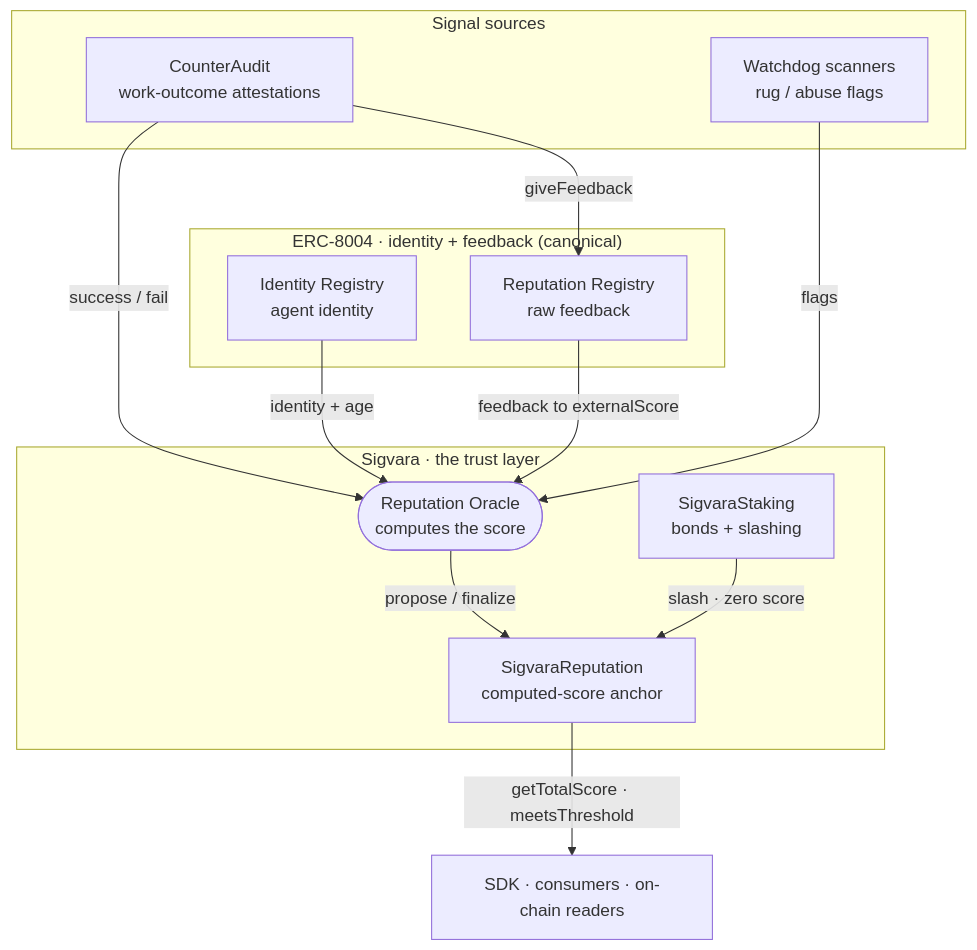
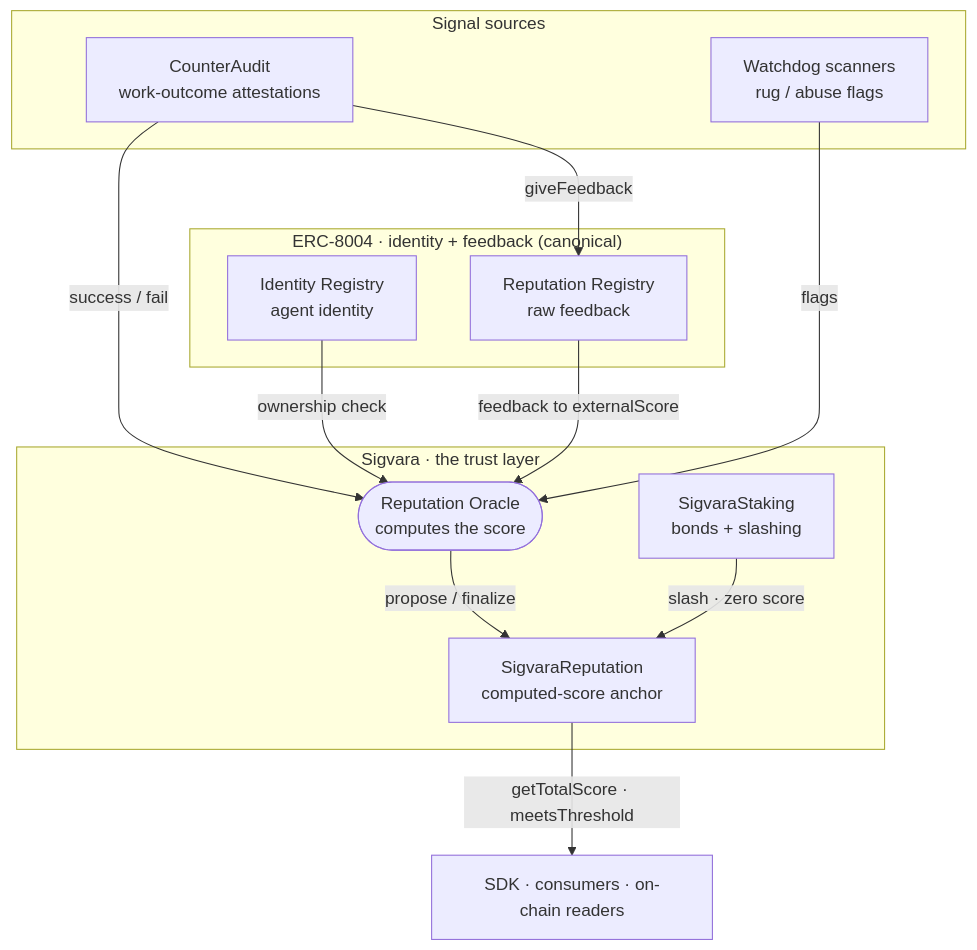
The diagram in docs/architecture.md (RunTimeAdmin/Sigvara), drawn with Mermaid before and after one commit. The commit also changed other lines of this file and 18 other files, not shown here.

````diff
--- a/docs/architecture.md
+++ b/docs/architecture.md
@@ -12,29 +12,29 @@
 ```mermaid
 graph TB
     subgraph sources["Signal sources"]
         CA["CounterAudit<br/>work-outcome attestations"]
         WD["Watchdog scanners<br/>rug / abuse flags"]
     end
 
     subgraph erc8004["ERC-8004 · identity + feedback (canonical)"]
         EID["Identity Registry<br/>agent identity"]
         EREP["Reputation Registry<br/>raw feedback"]
     end
 
     subgraph sigvara["Sigvara · the trust layer"]
         OR(["Reputation Oracle<br/>computes the score"])
         REP["SigvaraReputation<br/>computed-score anchor"]
         ST["SigvaraStaking<br/>bonds + slashing"]
     end
 
     CONS["SDK · consumers · on-chain readers"]
 
     CA -->|"success / fail"| OR
     WD -->|"flags"| OR
-    EID -->|"identity + age"| OR
+    EID -->|"ownership check"| OR
     EREP -->|"feedback to externalScore"| OR
     OR -->|"propose / finalize"| REP
     ST -->|"slash · zero score"| REP
     CA -->|"giveFeedback"| EREP
     REP -->|"getTotalScore · meetsThreshold"| CONS
 ```
````
